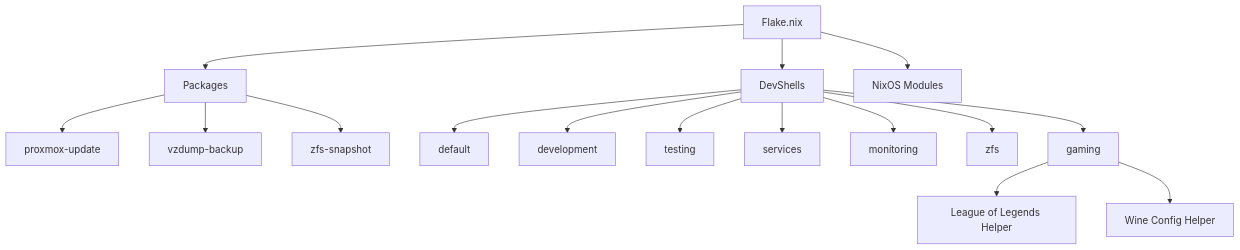
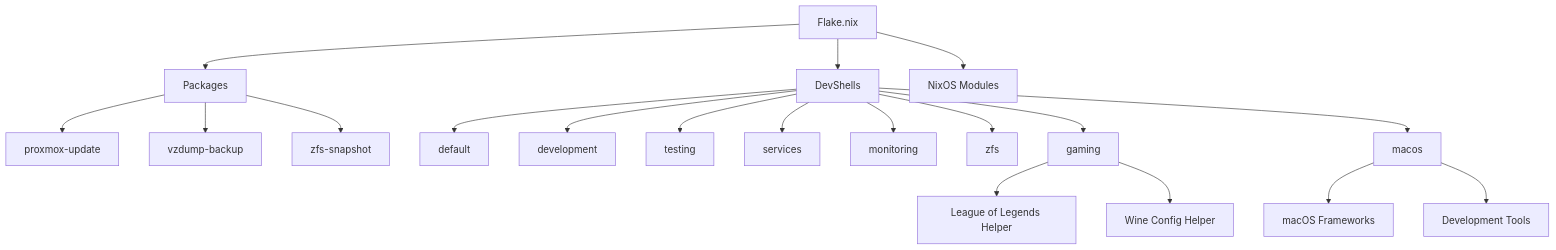
The fourth of 5 diagrams in docs/architecture/ARCHITECTURE.md (Hydepwns/nix-mox), drawn with Mermaid before and after one commit. The commit also changed other lines of this file and 12 other files, not shown here.

````diff
--- a/docs/architecture/ARCHITECTURE.md
+++ b/docs/architecture/ARCHITECTURE.md
@@ -89,20 +95,23 @@
 ```mermaid
 graph TD
     A[Flake.nix] --> B[Packages]
     A --> C[DevShells]
     A --> D[NixOS Modules]
     
     B --> B1[proxmox-update]
     B --> B2[vzdump-backup]
     B --> B3[zfs-snapshot]
     
     C --> C1[default]
     C --> C2[development]
     C --> C3[testing]
     C --> C4[services]
     C --> C5[monitoring]
     C --> C6[zfs]
     C --> C7[gaming]
+    C --> C8[macos]
     C7 --> C7a[League of Legends Helper]
     C7 --> C7b[Wine Config Helper]
+    C8 --> C8a[macOS Frameworks]
+    C8 --> C8b[Development Tools]
 ```
````
